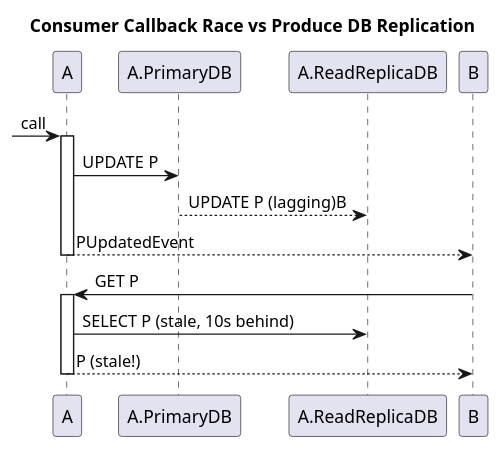
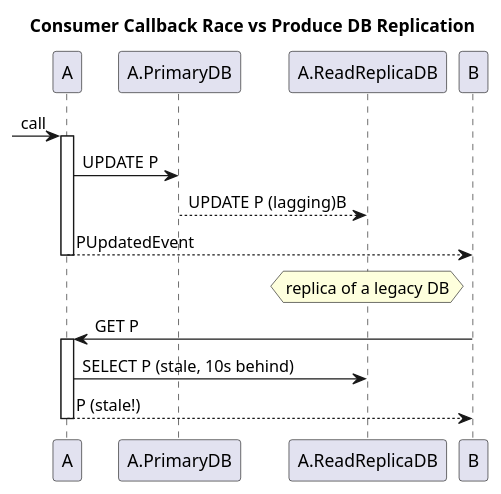
One commit to victorrentea/kafka changed the diagram in patterns/3_race_c_p_[story]calback_vs_db_replication.puml. Above: the diagram before and after it, drawn with PlantUML.

Commit message:
+1 eshop

```diff
--- a/patterns/3_race_c_p_[story]calback_vs_db_replication.puml
+++ b/patterns/3_race_c_p_[story]calback_vs_db_replication.puml
@@ -1,13 +1,14 @@
 @startuml
 title Consumer Callback Race vs Produce DB Replication
 
 -> A++:call
 A -> A.PrimaryDB : UPDATE P
 A.PrimaryDB --> A.ReadReplicaDB: UPDATE P (lagging)B
 B<--A--: PUpdatedEvent
 
+hnote over A.ReadReplicaDB: replica of a legacy DB
 B ->A++: GET P
 A->A.ReadReplicaDB: SELECT P (stale, 10s behind)
 B<--A--: P (stale!)
 
 @enduml
```
